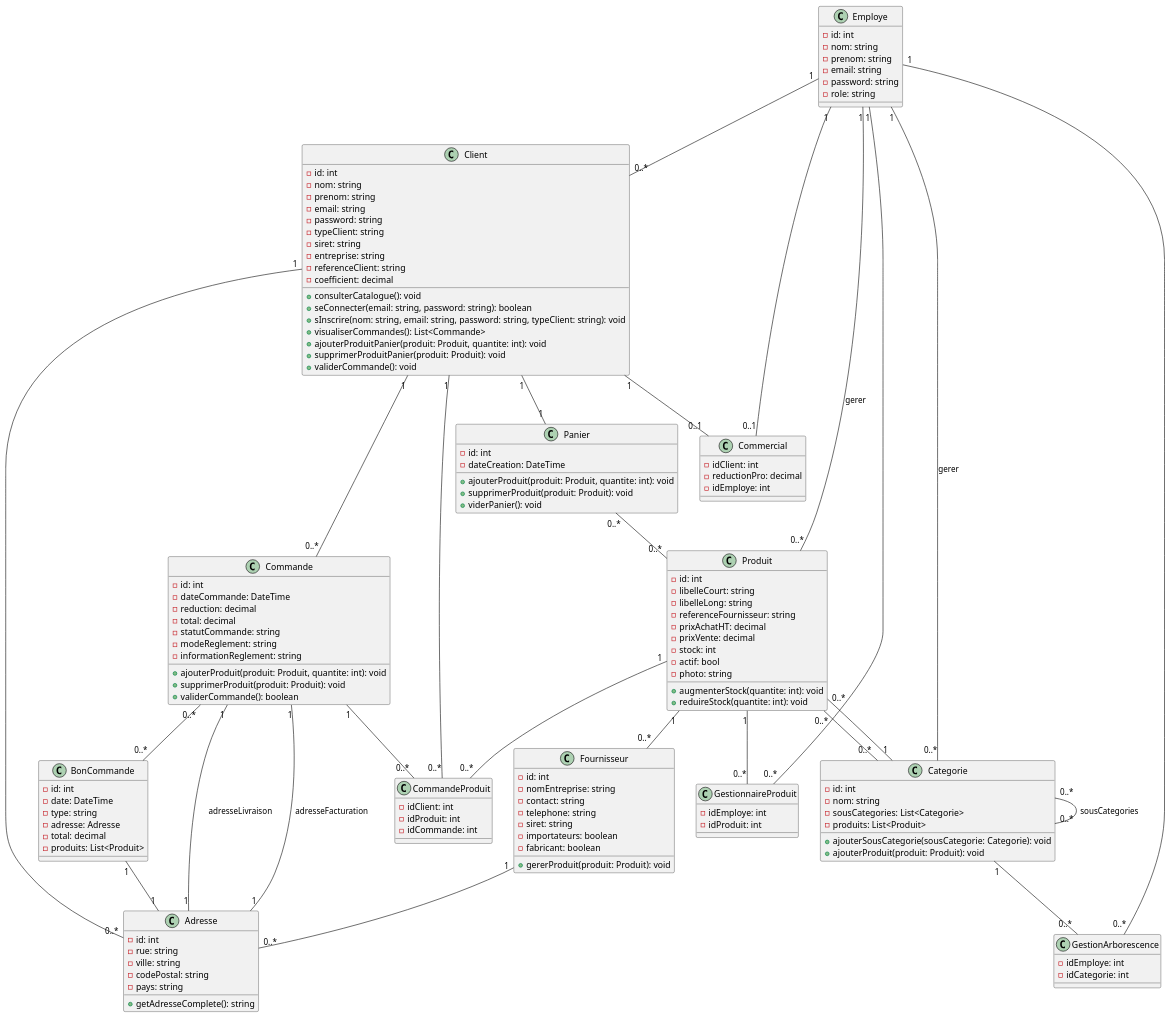
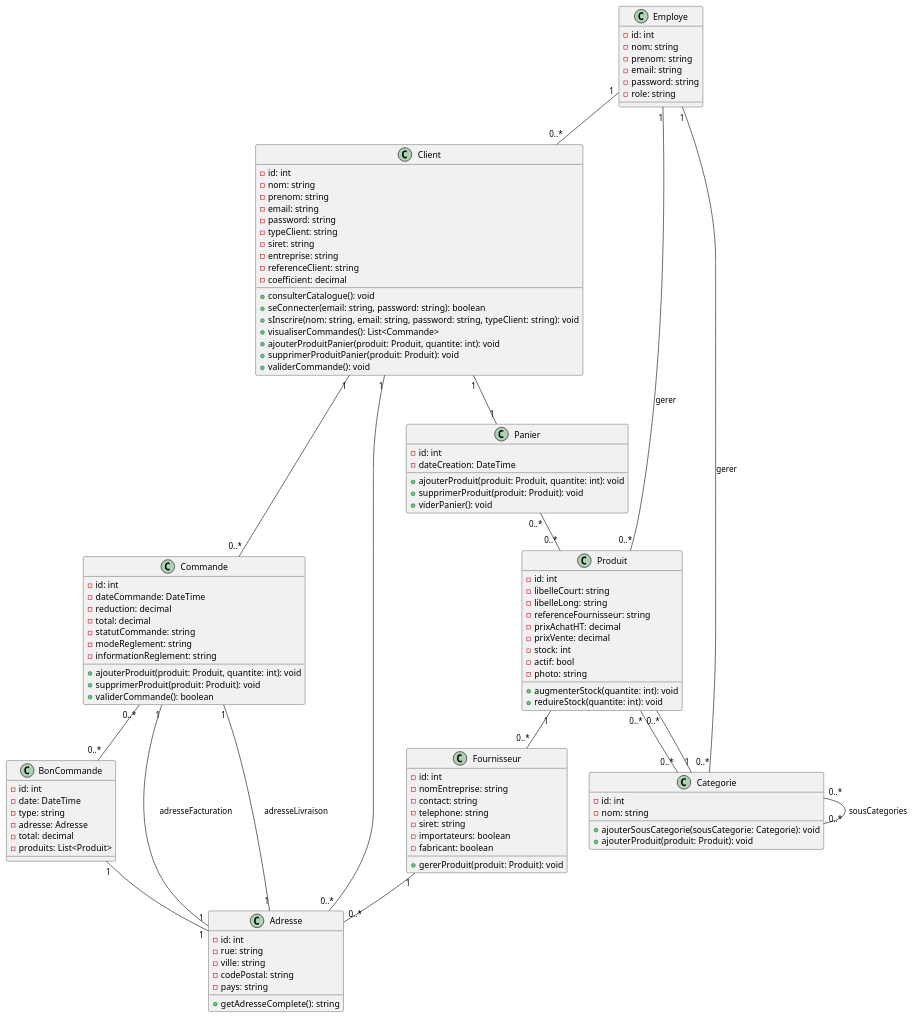
Before and after one commit to clemence95/villagegreen: the diagram in modelisation/diagramme_classe.plantuml, drawn with PlantUML.

```diff
--- a/modelisation/diagramme_classe.plantuml
+++ b/modelisation/diagramme_classe.plantuml
@@ -1,158 +1,121 @@
 @startuml diagramme_classe
 
 class Client {
     - id: int
     - nom: string
     - prenom: string
     - email: string
     - password: string
     - typeClient: string
     - siret: string
     - entreprise: string
     - referenceClient: string
     - coefficient: decimal
     + consulterCatalogue(): void
     + seConnecter(email: string, password: string): boolean
     + sInscrire(nom: string, email: string, password: string, typeClient: string): void
     + visualiserCommandes(): List<Commande>
     + ajouterProduitPanier(produit: Produit, quantite: int): void
     + supprimerProduitPanier(produit: Produit): void
     + validerCommande(): void
 }
 
 class Adresse {
     - id: int
     - rue: string
     - ville: string
     - codePostal: string
     - pays: string
     + getAdresseComplete(): string
 }
 
 class Employe {
     - id: int
     - nom: string
     - prenom: string
     - email: string
     - password: string
     - role: string
 }
 
 class Produit {
     - id: int
     - libelleCourt: string
     - libelleLong: string
     - referenceFournisseur: string
     - prixAchatHT: decimal
     - prixVente: decimal
     - stock: int
     - actif: bool
     - photo: string
     + augmenterStock(quantite: int): void
     + reduireStock(quantite: int): void
 }
 
 class Categorie {
     - id: int
     - nom: string
-    - sousCategories: List<Categorie>
-    - produits: List<Produit>
     + ajouterSousCategorie(sousCategorie: Categorie): void
     + ajouterProduit(produit: Produit): void
 }
 
 class Fournisseur {
     - id: int
     - nomEntreprise: string
     - contact: string
     - telephone: string
     - siret: string
     - importateurs: boolean
     - fabricant: boolean
     + gererProduit(produit: Produit): void
 }
 
 class Commande {
     - id: int
     - dateCommande: DateTime
     - reduction: decimal
     - total: decimal
     - statutCommande: string
     - modeReglement: string
     - informationReglement: string
     + ajouterProduit(produit: Produit, quantite: int): void
     + supprimerProduit(produit: Produit): void
     + validerCommande(): boolean
 }
 
 class Panier {
     - id: int
     - dateCreation: DateTime
     + ajouterProduit(produit: Produit, quantite: int): void
     + supprimerProduit(produit: Produit): void
     + viderPanier(): void
 }
 
 class BonCommande {
     - id: int
     - date: DateTime
     - type: string
     - adresse: Adresse
     - total: decimal
     - produits: List<Produit>
 }
 
-class CommandeProduit {
-    - idClient: int
-    - idProduit: int
-    - idCommande: int
-}
-
-class Commercial {
-    - idClient: int
-    - reductionPro: decimal
-    - idEmploye: int
-}
-
-class GestionnaireProduit {
-    - idEmploye: int
-    - idProduit: int
-}
-
-class GestionArborescence {
-    - idEmploye: int
-    - idCategorie: int
-}
-
 Client "1" -- "0..*" Commande
 Commande "1" -- "1" Adresse : adresseLivraison
 Commande "1" -- "1" Adresse : adresseFacturation
 Client "1" -- "0..*" Adresse
 Client "1" -- "1" Panier
 Employe "1" -- "0..*" Client
 Employe "1" -- "0..*" Produit : gerer
 Employe "1" -- "0..*" Categorie : gerer
 
 Produit "1" -- "0..*" Fournisseur
 Produit "0..*" -- "0..*" Categorie
 Categorie "0..*" -- "0..*" Categorie : sousCategories
 Categorie "1" -- "0..*" Produit
 Fournisseur "1" -- "0..*" Adresse
 Panier "0..*" -- "0..*" Produit
 Commande "0..*" -- "0..*" BonCommande
 BonCommande "1" -- "1" Adresse
 
-Client "1" -- "0..*" CommandeProduit
-Commande "1" -- "0..*" CommandeProduit
-Produit "1" -- "0..*" CommandeProduit
-
-Client "1" -- "0..1" Commercial
-Employe "1" -- "0..1" Commercial
-
-Employe "1" -- "0..*" GestionnaireProduit
-Produit "1" -- "0..*" GestionnaireProduit
-
-Employe "1" -- "0..*" GestionArborescence
-Categorie "1" -- "0..*" GestionArborescence
-
 @enduml
```
